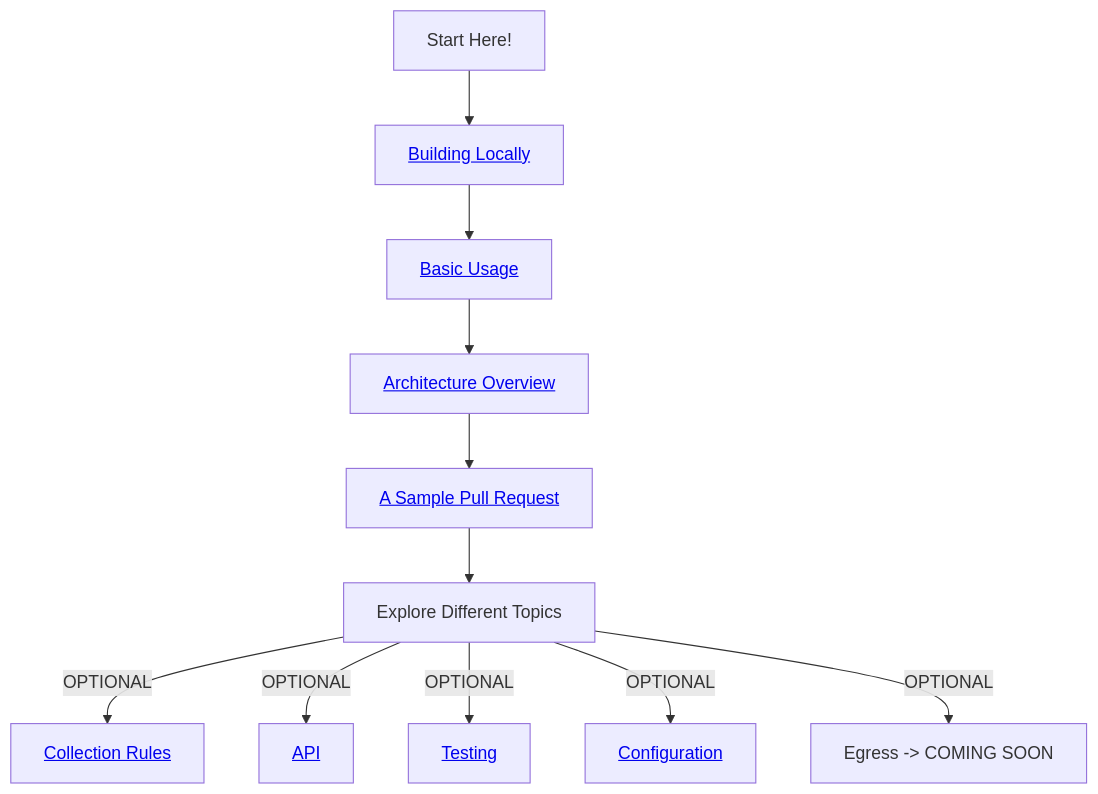
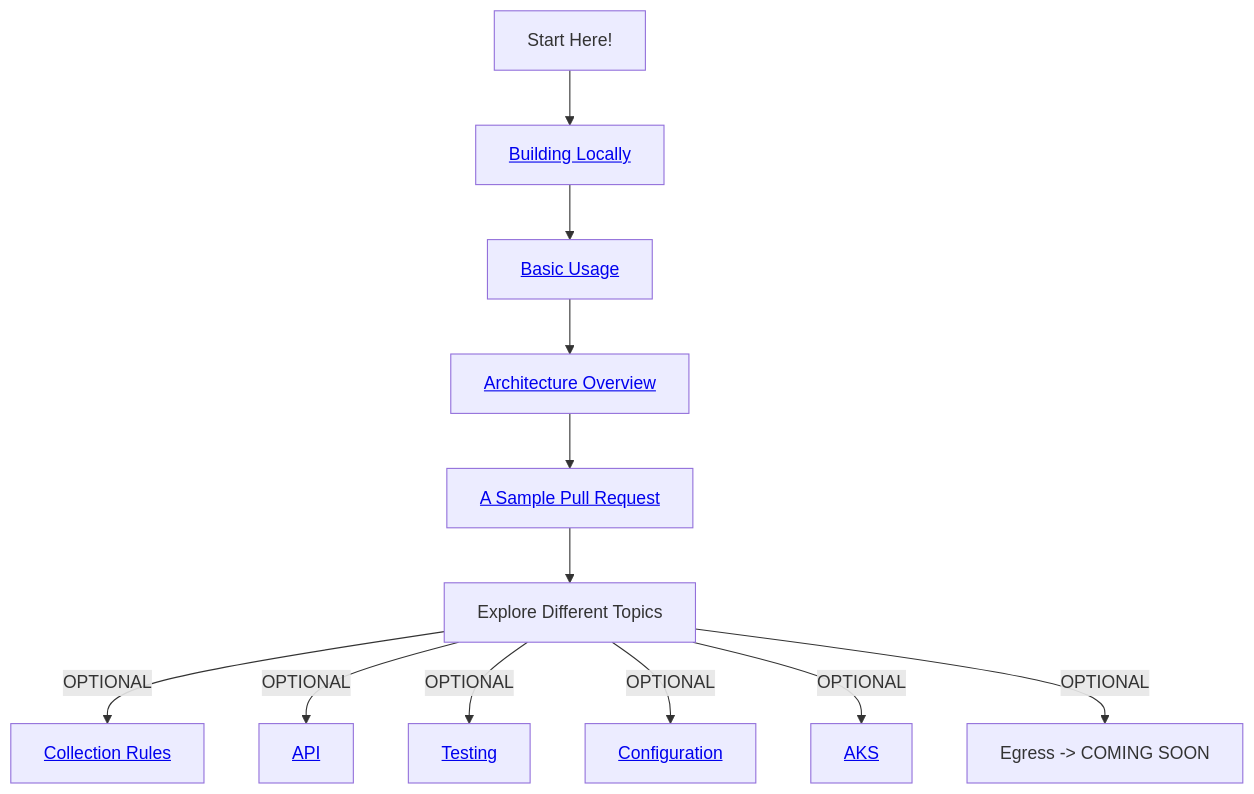
The diagram in documentation/learningPath/README.md (dotnet/dotnet-monitor), drawn with Mermaid before and after one commit.

````diff
--- a/documentation/learningPath/README.md
+++ b/documentation/learningPath/README.md
@@ -8,13 +8,14 @@
 ```mermaid
 graph TD
     B[Start Here!] --> C[<a href='https://github.com/dotnet/dotnet-monitor/blob/main/documentation/building.md'>Building Locally</a>]
     C --> D[<a href='https://github.com/dotnet/dotnet-monitor/blob/main/documentation/learningPath/basic-usage.md'>Basic Usage</a>]
     D --> E[<a href='https://github.com/dotnet/dotnet-monitor/blob/main/documentation/learningPath/architecture.md'>Architecture Overview</a>]
     E --> F[<a href='https://github.com/dotnet/dotnet-monitor/blob/main/documentation/learningPath/sample-pull-request.md'>A Sample Pull Request</a>]
     F --> G[Explore Different Topics]
     G --> |OPTIONAL| H[<a href='https://github.com/dotnet/dotnet-monitor/blob/main/documentation/learningPath/collectionrules.md'>Collection Rules</a>]
     G --> |OPTIONAL| I[<a href='https://github.com/dotnet/dotnet-monitor/blob/main/documentation/learningPath/api.md'>API</a>]
     G --> |OPTIONAL| J["<a href='https://github.com/dotnet/dotnet-monitor/blob/main/documentation/learningPath/testing.md'>Testing</a>"]
     G --> |OPTIONAL| K["<a href='https://github.com/dotnet/dotnet-monitor/blob/main/documentation/learningPath/configuration.md'>Configuration</a>"]
-    G --> |OPTIONAL| L[Egress -> COMING SOON]
+    G --> |OPTIONAL| L["<a href='https://github.com/dotnet/dotnet-monitor/blob/main/documentation/learningPath/aks.md'>AKS</a>"]
+    G --> |OPTIONAL| M[Egress -> COMING SOON]
 ```
````
